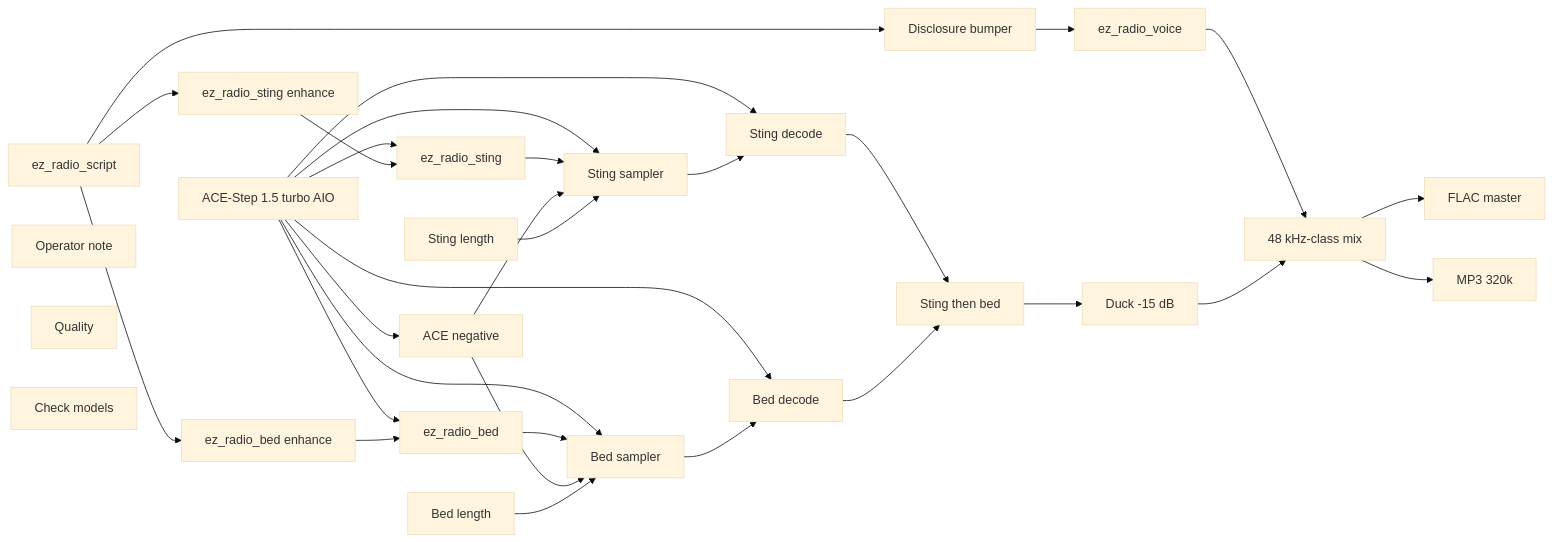
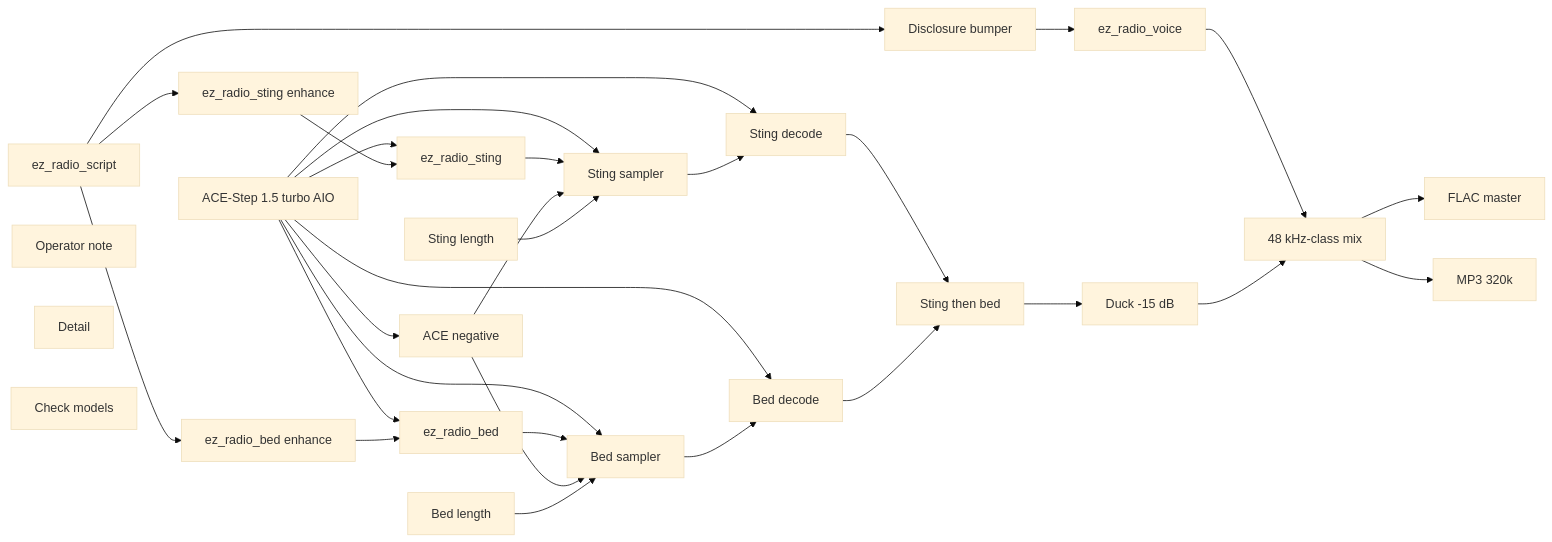
Before and after one commit to toxicoder/ez-comfy-stack: the diagram in docs/generated/workflows/audio/podcast/radio-drama.md, drawn with Mermaid (base theme). The commit also changed other lines of this file and 881 other files, not shown here.

````diff
--- a/docs/generated/workflows/audio/podcast/radio-drama.md
+++ b/docs/generated/workflows/audio/podcast/radio-drama.md
@@ -55,54 +55,54 @@
 ```mermaid
 flowchart LR
   N1["ACE-Step 1.5 turbo AIO"]
   N2["ez_radio_script"]
   N3["Disclosure bumper"]
   N4["ez_radio_voice"]
   N5["ez_radio_sting"]
   N6["ez_radio_bed"]
   N7["ACE negative"]
   N8["Sting length"]
   N9["Bed length"]
   N10["Sting sampler"]
   N11["Bed sampler"]
   N12["Sting decode"]
   N13["Bed decode"]
   N14["Sting then bed"]
   N15["Duck -15 dB"]
   N16["48 kHz-class mix"]
   N17["FLAC master"]
   N18["MP3 320k"]
   N19["Operator note"]
   N20["ez_radio_sting enhance"]
   N21["ez_radio_bed enhance"]
-  N22["Quality"]
+  N22["Detail"]
   N23["Check models"]
   N1 --> N10
   N1 --> N11
   N1 --> N5
   N1 --> N6
   N1 --> N7
   N1 --> N12
   N1 --> N13
   N2 --> N3
   N2 --> N20
   N2 --> N21
   N3 --> N4
   N4 --> N16
   N5 --> N10
   N6 --> N11
   N7 --> N10
   N7 --> N11
   N8 --> N10
   N9 --> N11
   N10 --> N12
   N11 --> N13
   N12 --> N14
   N13 --> N14
   N14 --> N15
   N15 --> N16
   N16 --> N17
   N16 --> N18
   N20 --> N5
   N21 --> N6
 ```
````
